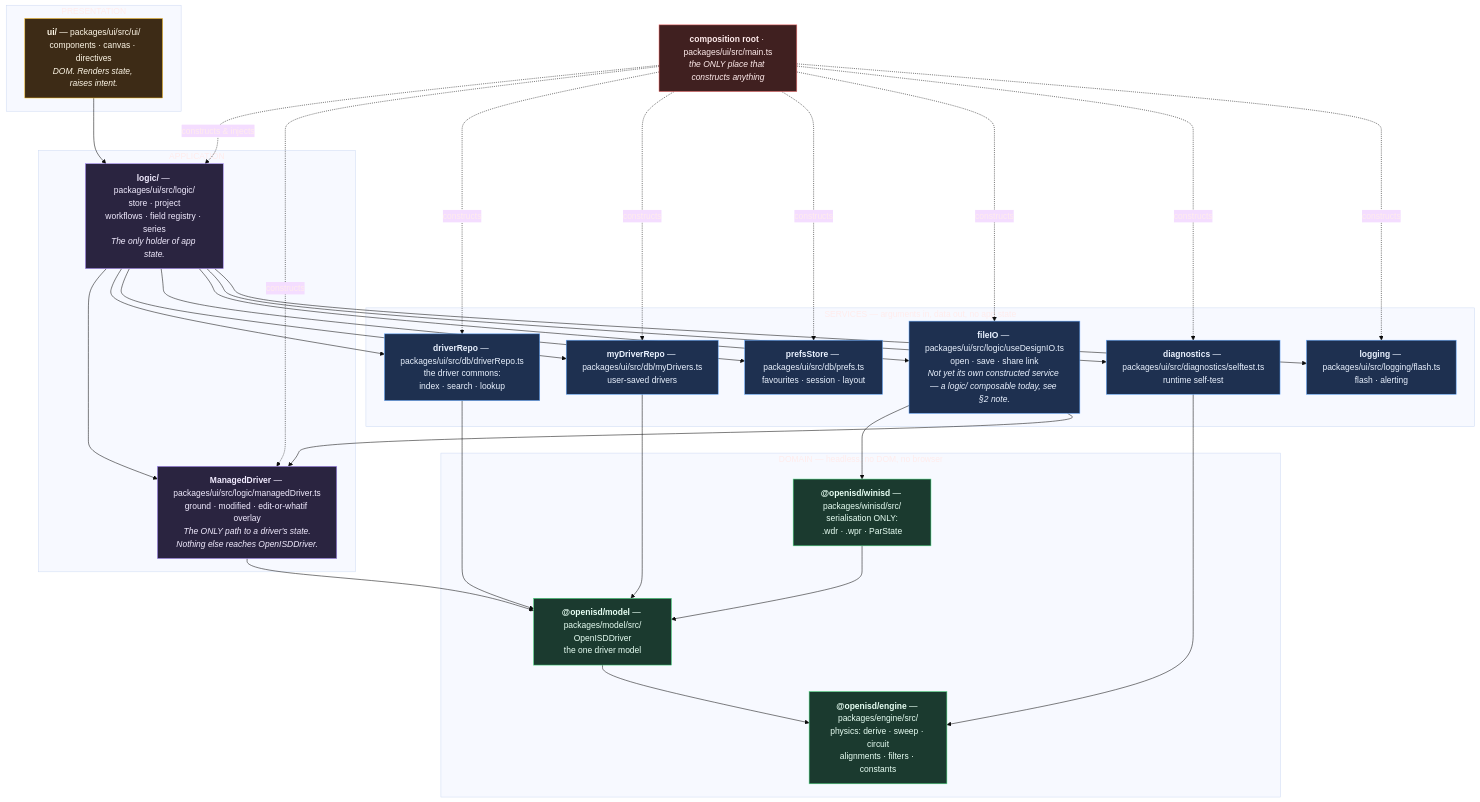
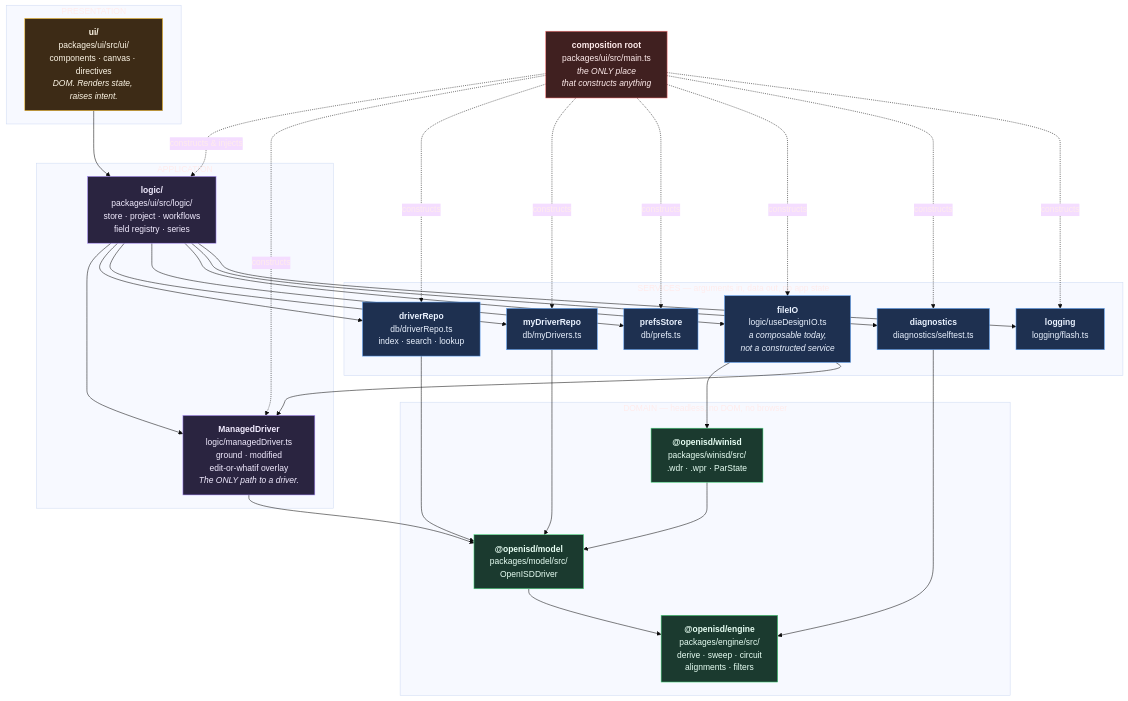
Before and after one commit to Johnlon/openisd: the second of 4 diagrams in ARCHITECTURE.md, drawn with Mermaid (base theme). The commit also changed other lines of this file, not shown here.

First line of the commit message:
Make both diagrams readable: the as-built one becomes a small shape + a table

````diff
--- a/ARCHITECTURE.md
+++ b/ARCHITECTURE.md
@@ -110,65 +110,65 @@
 ```mermaid
 graph TD
     subgraph L1["PRESENTATION"]
-        UI["<b>ui/</b> — packages/ui/src/ui/<br/>components · canvas · directives<br/><i>DOM. Renders state, raises intent.</i>"]
+        UI["<b>ui/</b><br/>packages/ui/src/ui/<br/>components · canvas · directives<br/><i>DOM. Renders state, raises intent.</i>"]
     end
 
     subgraph L2["APPLICATION"]
-        LOGIC["<b>logic/</b> — packages/ui/src/logic/<br/>store · project<br/>workflows · field registry · series<br/><i>The only holder of app state.</i>"]
-        MANAGED["<b>ManagedDriver</b> — packages/ui/src/logic/managedDriver.ts<br/>ground · modified · edit-or-whatif overlay<br/><i>The ONLY path to a driver's state.<br/>Nothing else reaches OpenISDDriver.</i>"]
+        LOGIC["<b>logic/</b><br/>packages/ui/src/logic/<br/>store · project · workflows<br/>field registry · series"]
+        MANAGED["<b>ManagedDriver</b><br/>logic/managedDriver.ts<br/>ground · modified<br/>edit-or-whatif overlay<br/><i>The ONLY path to a driver.</i>"]
     end
 
     subgraph L3["SERVICES — arguments in, data out, no app state"]
-        DRIVERREPO["<b>driverRepo</b> — packages/ui/src/db/driverRepo.ts<br/>the driver commons:<br/>index · search · lookup"]
-        MYREPO["<b>myDriverRepo</b> — packages/ui/src/db/myDrivers.ts<br/>user-saved drivers"]
-        PREFS["<b>prefsStore</b> — packages/ui/src/db/prefs.ts<br/>favourites · session · layout"]
-        FILEIO["<b>fileIO</b> — packages/ui/src/logic/useDesignIO.ts<br/>open · save · share link<br/><i>Not yet its own constructed service — a logic/ composable today, see §2 note.</i>"]
-        DIAG["<b>diagnostics</b> — packages/ui/src/diagnostics/selftest.ts<br/>runtime self-test"]
-        LOGGING["<b>logging</b> — packages/ui/src/logging/flash.ts<br/>flash · alerting"]
+        DRIVERREPO["<b>driverRepo</b><br/>db/driverRepo.ts<br/>index · search · lookup"]
+        MYREPO["<b>myDriverRepo</b><br/>db/myDrivers.ts"]
+        PREFS["<b>prefsStore</b><br/>db/prefs.ts"]
+        FILEIO["<b>fileIO</b><br/>logic/useDesignIO.ts<br/><i>a composable today,<br/>not a constructed service</i>"]
+        DIAG["<b>diagnostics</b><br/>diagnostics/selftest.ts"]
+        LOGGING["<b>logging</b><br/>logging/flash.ts"]
     end
 
     subgraph L4["DOMAIN — headless, no DOM, no browser"]
-        MODEL["<b>@openisd/model</b> — packages/model/src/<br/>OpenISDDriver<br/>the one driver model"]
-        ENGINE["<b>@openisd/engine</b> — packages/engine/src/<br/>physics: derive · sweep · circuit<br/>alignments · filters · constants"]
-        SERIAL["<b>@openisd/winisd</b> — packages/winisd/src/<br/>serialisation ONLY:<br/>.wdr · .wpr · ParState"]
+        MODEL["<b>@openisd/model</b><br/>packages/model/src/<br/>OpenISDDriver"]
+        ENGINE["<b>@openisd/engine</b><br/>packages/engine/src/<br/>derive · sweep · circuit<br/>alignments · filters"]
+        SERIAL["<b>@openisd/winisd</b><br/>packages/winisd/src/<br/>.wdr · .wpr · ParState"]
     end
 
-    ROOT["<b>composition root</b> · packages/ui/src/main.ts<br/><i>the ONLY place that constructs anything</i>"]
+    ROOT["<b>composition root</b><br/>packages/ui/src/main.ts<br/><i>the ONLY place<br/>that constructs anything</i>"]
 
     ROOT -.constructs & injects.-> LOGIC
     ROOT -.constructs.-> MANAGED
     ROOT -.constructs.-> DRIVERREPO
     ROOT -.constructs.-> MYREPO
     ROOT -.constructs.-> PREFS
     ROOT -.constructs.-> FILEIO
     ROOT -.constructs.-> DIAG
     ROOT -.constructs.-> LOGGING
 
     UI --> LOGIC
     LOGIC --> MANAGED
     LOGIC --> DRIVERREPO
     LOGIC --> MYREPO
     LOGIC --> PREFS
     LOGIC --> FILEIO
     LOGIC --> DIAG
     LOGIC --> LOGGING
     MANAGED --> MODEL
     DRIVERREPO --> MODEL
     MYREPO --> MODEL
     FILEIO --> SERIAL
     FILEIO --> MANAGED
     DIAG --> ENGINE
     MODEL --> ENGINE
     SERIAL --> MODEL
 
     classDef pres fill:#3d2b16,stroke:#fbbf24,color:#fff8e8
     classDef app fill:#2a2440,stroke:#a78bfa,color:#f2ecff
     classDef svc fill:#1e3050,stroke:#60a5fa,color:#eaf2ff
     classDef dom fill:#1b3a2f,stroke:#4ade80,color:#e8fff4
     classDef root fill:#402020,stroke:#f87171,color:#ffecec
     class UI pres
     class LOGIC,MANAGED app
     class DRIVERREPO,MYREPO,PREFS,FILEIO,DIAG,LOGGING svc
     class MODEL,ENGINE,SERIAL dom
     class ROOT root
 ```
````
